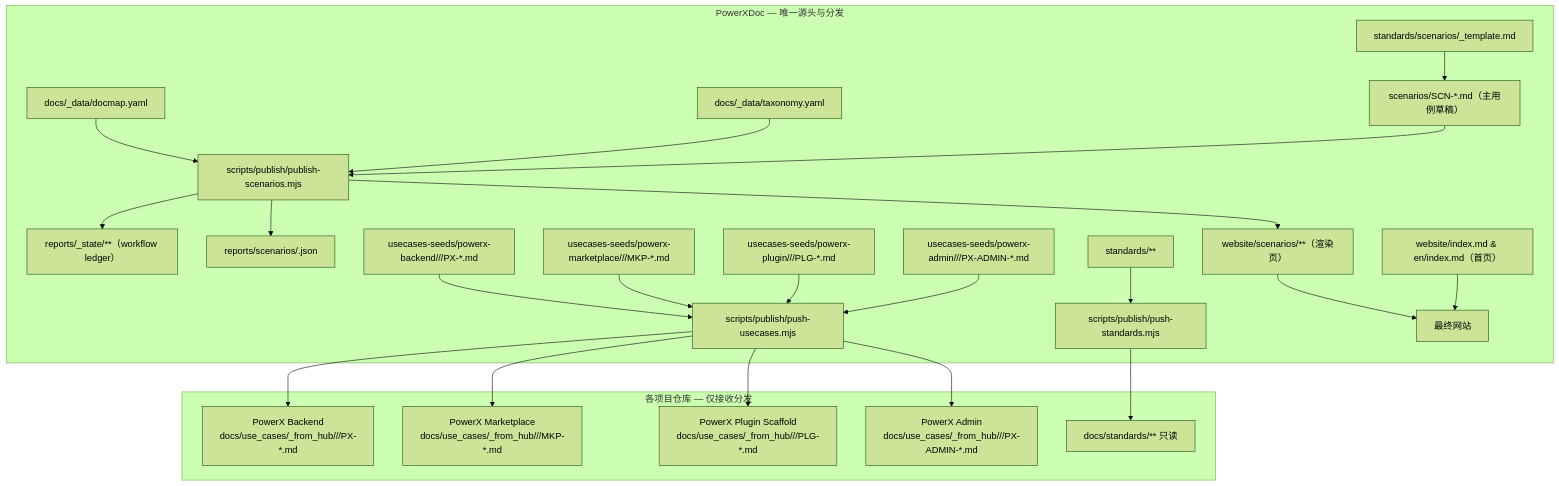
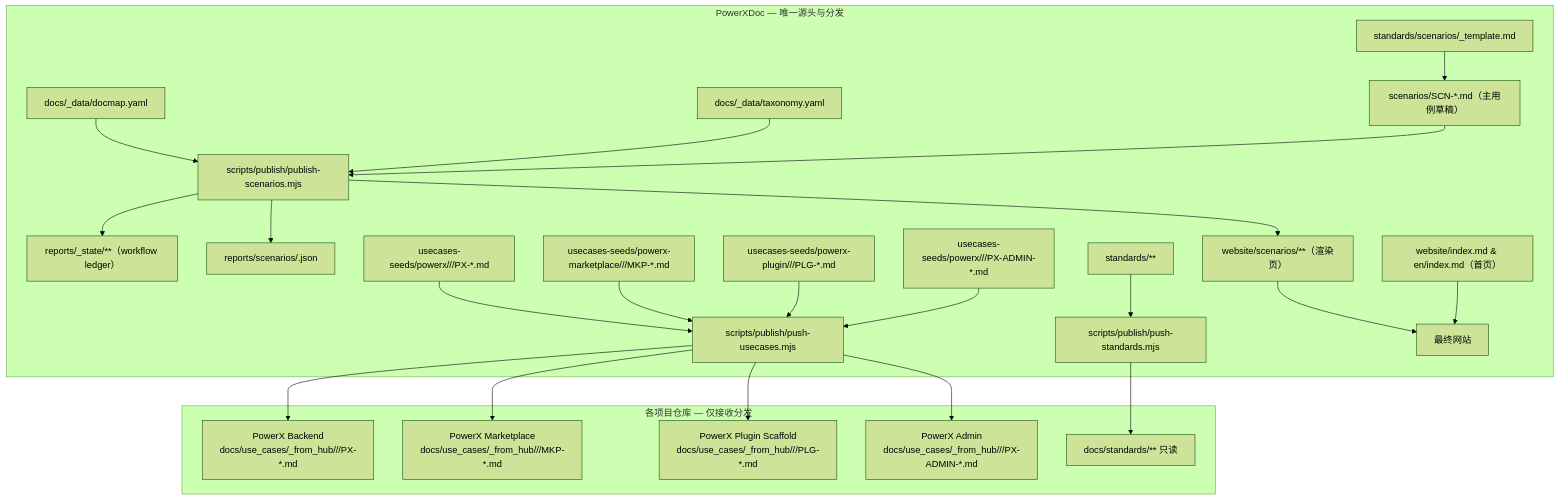
One commit to ArtisanCloud/PowerXDoc changed the second of 3 diagrams in docs/meta/cross-repo-documentation.md. Above: the diagram before and after it, drawn with Mermaid (forest theme). The commit also changed other lines of this file and 224 other files, not shown here.

````diff
--- a/docs/meta/cross-repo-documentation.md
+++ b/docs/meta/cross-repo-documentation.md
@@ -180,41 +177,41 @@
 ```mermaid
 flowchart TD
   subgraph Center["PowerXDoc — 唯一源头与分发"]
     ST["standards/scenarios/_template.md"]
     SCN["scenarios/SCN-*.md（主用例草稿）"]
     DM["docs/_data/docmap.yaml"]
     TAX["docs/_data/taxonomy.yaml"]
     PS["scripts/publish/publish-scenarios.mjs"]
     WS["reports/_state/**（workflow ledger）"]
     REP["reports/scenarios/<workflowId>.json"]
     W1["website/scenarios/**（渲染页）"]
-    U1["usecases-seeds/powerx-backend/<layer>/<domain>/PX-*.md"]
+    U1["usecases-seeds/powerx/<layer>/<domain>/PX-*.md"]
     U2["usecases-seeds/powerx-marketplace/<layer>/<domain>/MKP-*.md"]
     U3["usecases-seeds/powerx-plugin/<layer>/<domain>/PLG-*.md"]
-    U4["usecases-seeds/powerx-admin/<layer>/<domain>/PX-ADMIN-*.md"]
+    U4["usecases-seeds/powerx/<layer>/<domain>/PX-ADMIN-*.md"]
     T1["standards/**"]
     P1["scripts/publish/push-usecases.mjs"]
     P2["scripts/publish/push-standards.mjs"]
     H1["website/index.md & en/index.md（首页）"]
     OUT["最终网站"]
   end
 
   subgraph Repos["各项目仓库 — 仅接收分发"]
     R1["PowerX Backend<br/>docs/use_cases/_from_hub/<layer>/<domain>/PX-*.md"]
     R2["PowerX Marketplace<br/>docs/use_cases/_from_hub/<layer>/<domain>/MKP-*.md"]
     R3["PowerX Plugin Scaffold<br/>docs/use_cases/_from_hub/<layer>/<domain>/PLG-*.md"]
     R4["PowerX Admin<br/>docs/use_cases/_from_hub/<layer>/<domain>/PX-ADMIN-*.md"]
     RS["docs/standards/** 只读"]
   end
 
   ST --> SCN
   DM --> PS
   TAX --> PS
   SCN --> PS
   PS --> W1 --> OUT
   PS --> REP
   PS --> WS
   U1 & U2 & U3 & U4 --> P1 --> R1 & R2 & R3 & R4
   T1 --> P2 --> RS
   H1 --> OUT
 ```
````
